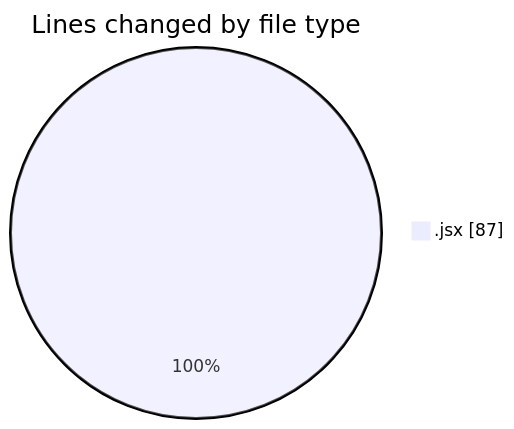
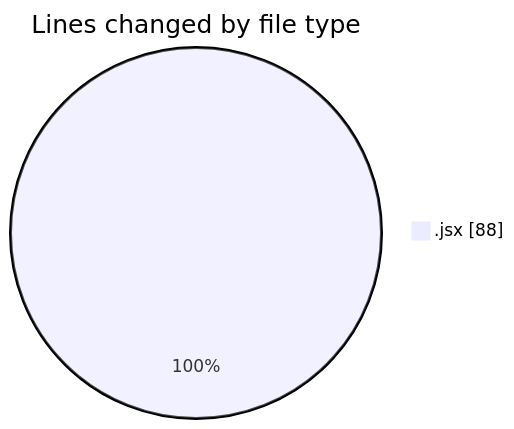
The first of 2 diagrams in 2025-01-29/react/README.md (Elitesun/code-tracking), drawn with Mermaid before and after one commit. The commit also changed other lines of this file and 1 other file, not shown here.

````diff
--- a/2025-01-29/react/README.md
+++ b/2025-01-29/react/README.md
@@ -24,5 +24,5 @@
 ```mermaid
 pie showData
 title Lines changed by file type
-".jsx" : 87
+".jsx" : 88
 ```
````
